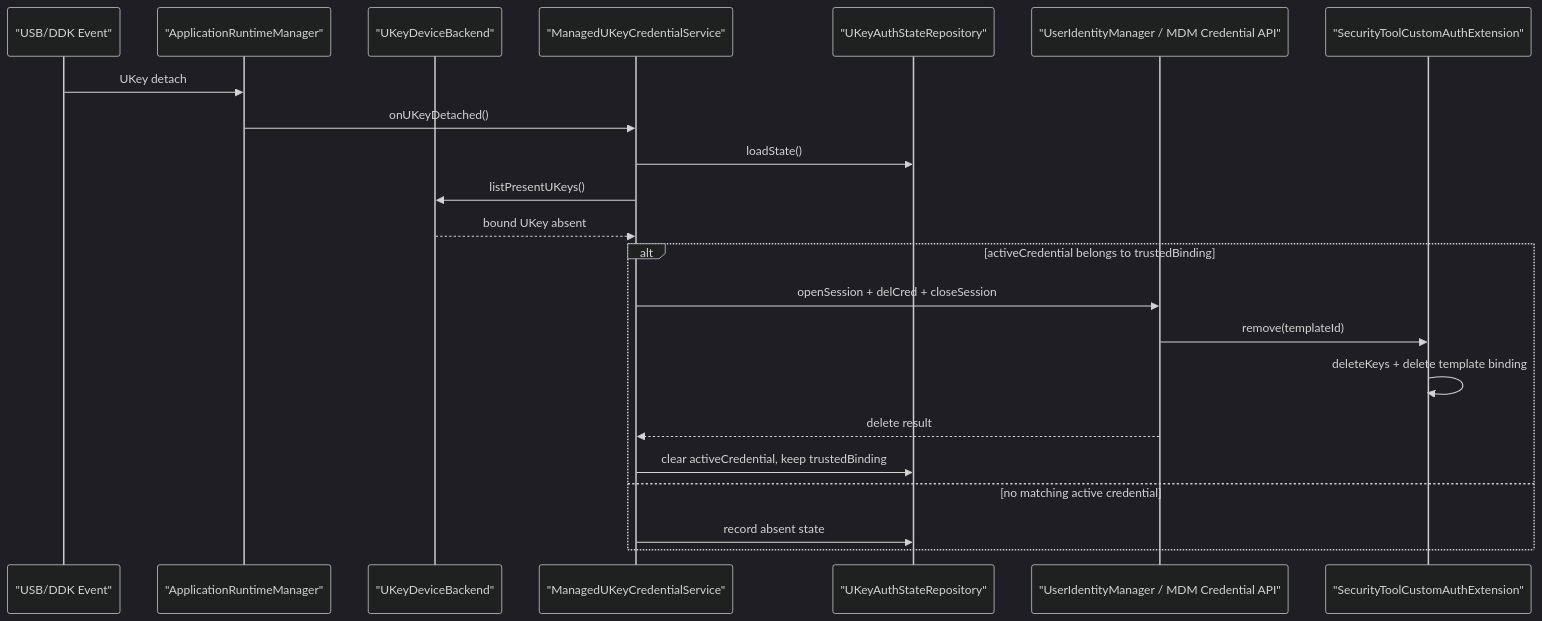
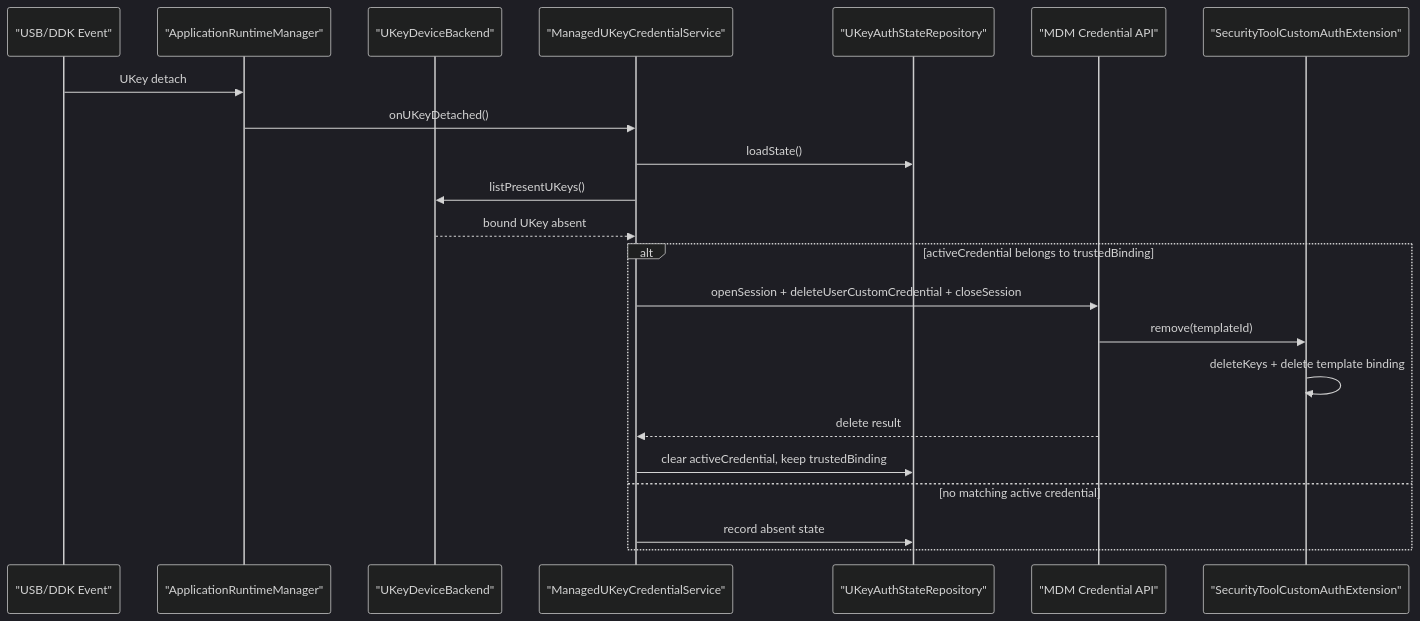
One commit to Deslord319/security_tool changed the second of 2 diagrams in docs/03-模块设计/UKey管理与认证器接入设计说明.md. Above: the diagram before and after it, drawn with Mermaid (dark theme). The commit also changed other lines of this file and 15 other files, not shown here.

````diff
--- a/docs/03-模块设计/UKey管理与认证器接入设计说明.md
+++ b/docs/03-模块设计/UKey管理与认证器接入设计说明.md
@@ -116,25 +125,25 @@
 ```mermaid
 sequenceDiagram
   participant USB as "USB/DDK Event"
   participant Runtime as "ApplicationRuntimeManager"
   participant Backend as "UKeyDeviceBackend"
   participant Service as "ManagedUKeyCredentialService"
   participant Repo as "UKeyAuthStateRepository"
-  participant IDM as "UserIdentityManager / MDM Credential API"
+  participant IDM as "MDM Credential API"
   participant CA as "SecurityToolCustomAuthExtension"
 
   USB->>Runtime: UKey detach
   Runtime->>Service: onUKeyDetached()
   Service->>Repo: loadState()
   Service->>Backend: listPresentUKeys()
   Backend-->>Service: bound UKey absent
   alt activeCredential belongs to trustedBinding
-    Service->>IDM: openSession + delCred + closeSession
+    Service->>IDM: openSession + deleteUserCustomCredential + closeSession
     IDM->>CA: remove(templateId)
     CA->>CA: deleteKeys + delete template binding
     IDM-->>Service: delete result
     Service->>Repo: clear activeCredential, keep trustedBinding
   else no matching active credential
     Service->>Repo: record absent state
   end
 ```
````
